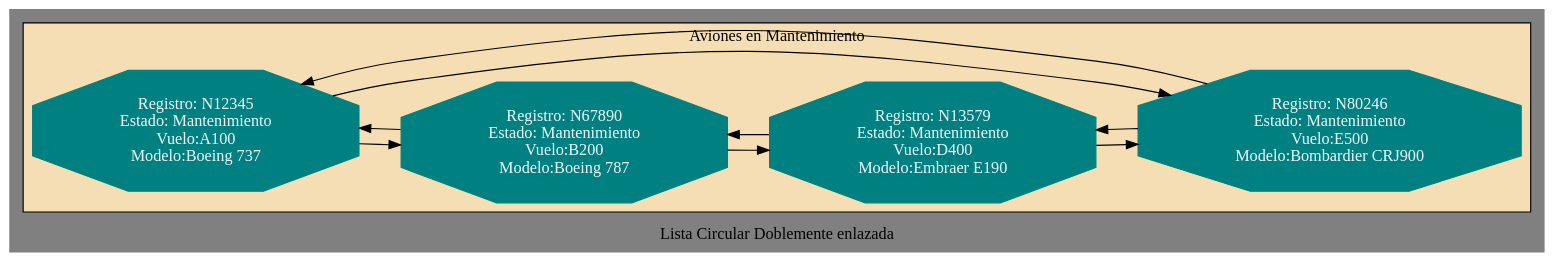
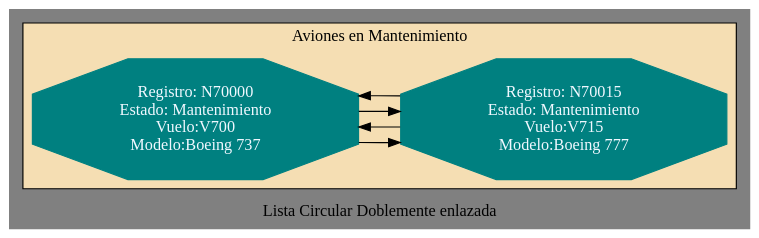
One commit to Edwinhndz/201807124_EDD_Proyecto changed the diagram in grafica_AvionesM.dot. Above: the diagram before and after it, drawn with Graphviz. The commit also changed 28 other files, not shown here.

```diff
--- a/grafica_AvionesM.dot
+++ b/grafica_AvionesM.dot
@@ -1,30 +1,22 @@
 digraph G { 
 rankdir = LR;
 label="Lista Circular Doblemente enlazada";bgcolor=grey 
 subgraph cluster_top_floor{
 bgcolor=wheat; 
 label="Aviones en Mantenimiento";
-nodo0[ shape=octagon, fontcolor=aliceblue , style=filled,color=teal, label="Registro: N12345
+nodo0[ shape=octagon, fontcolor=aliceblue , style=filled,color=teal, label="Registro: N70000
 Estado: Mantenimiento
-Vuelo:A100
+Vuelo:V700
 Modelo:Boeing 737"]
-nodo1[ shape=octagon, fontcolor=aliceblue , style=filled,color=teal, label="Registro: N67890
+nodo1[ shape=octagon, fontcolor=aliceblue , style=filled,color=teal, label="Registro: N70015
 Estado: Mantenimiento
-Vuelo:B200
-Modelo:Boeing 787"]
-nodo2[ shape=octagon, fontcolor=aliceblue , style=filled,color=teal, label="Registro: N13579
-Estado: Mantenimiento
-Vuelo:D400
-Modelo:Embraer E190"]
-nodo3[ shape=octagon, fontcolor=aliceblue , style=filled,color=teal, label="Registro: N80246
-Estado: Mantenimiento
-Vuelo:E500
-Modelo:Bombardier CRJ900"]
-nodo0 -> nodo1 -> nodo2 -> nodo3;
-nodo3
-nodo3 -> nodo2 -> nodo1 -> nodo0;
-nodo0 -> nodo3;
-nodo3 -> nodo0;
+Vuelo:V715
+Modelo:Boeing 777"]
+nodo0 -> nodo1;
+nodo1
+nodo1 -> nodo0;
+nodo0 -> nodo1;
+nodo1 -> nodo0;
 
 }
 }
```
